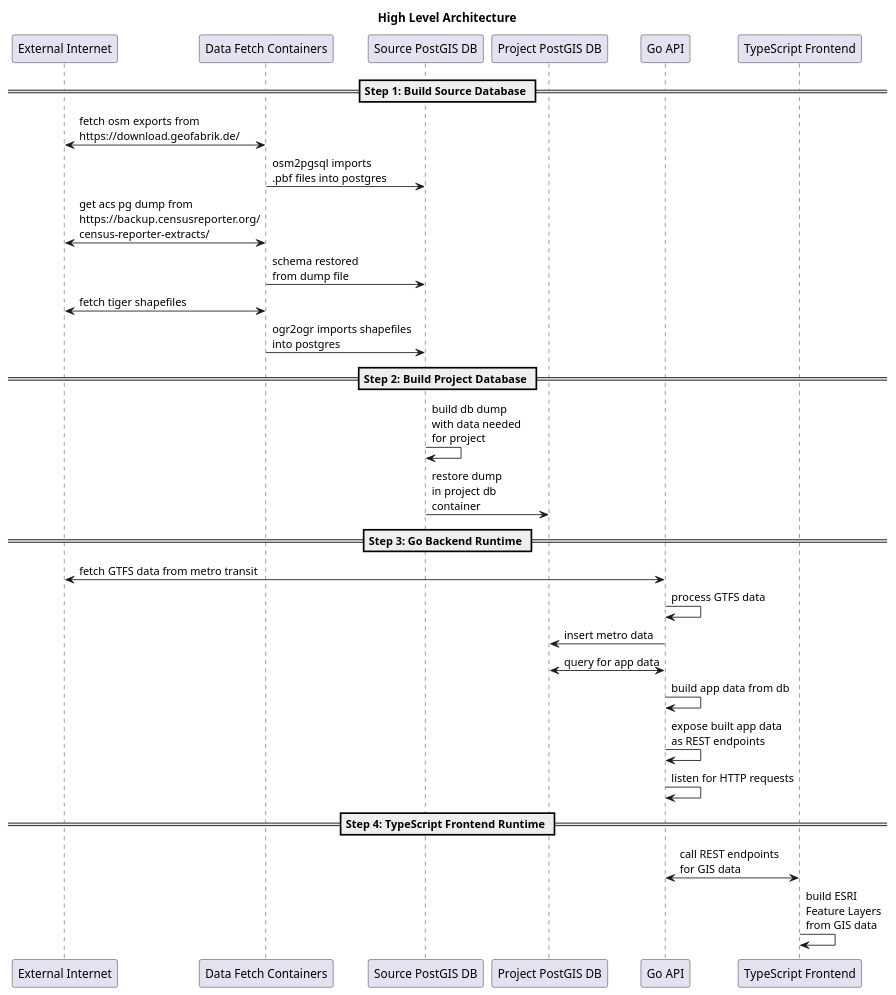
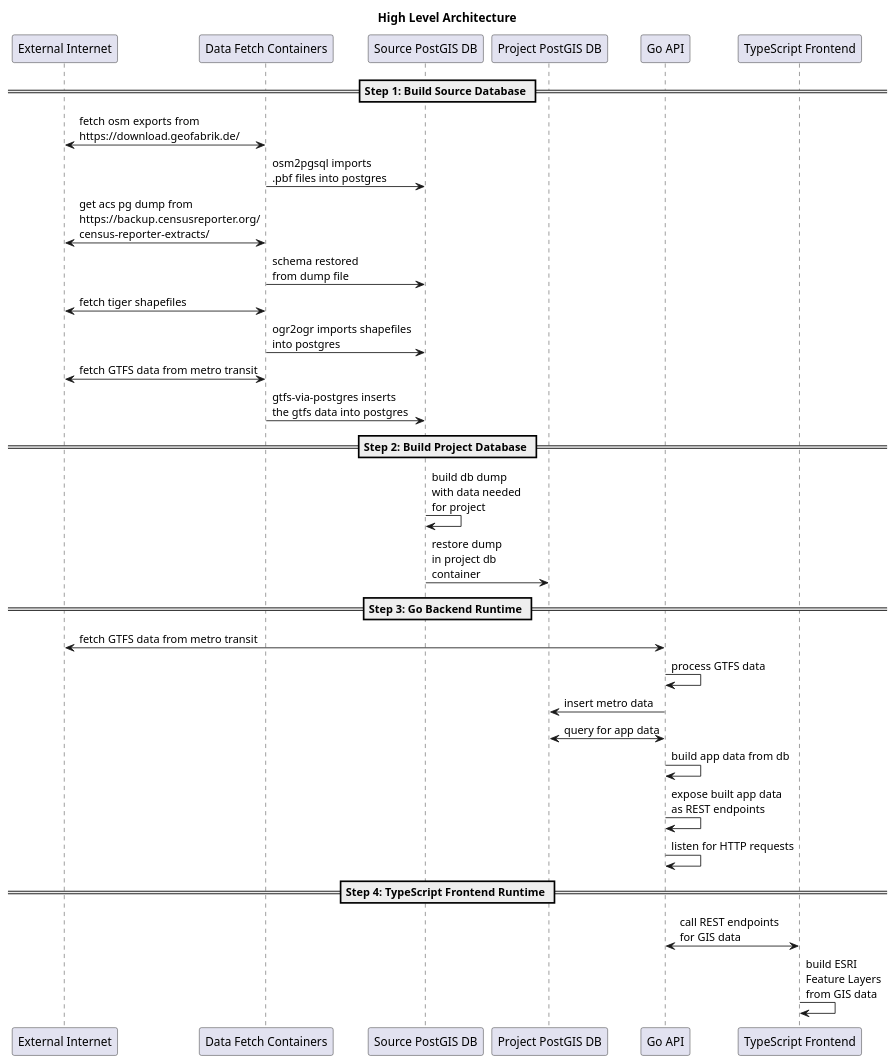
The diagram in z_docs/puml/src/arch.puml (jdetok/stl-transit), drawn with PlantUML before and after one commit. The commit also changed 2 other files, not shown here.

```diff
--- a/z_docs/puml/src/arch.puml
+++ b/z_docs/puml/src/arch.puml
@@ -1,39 +1,41 @@
 @startuml arch
 title High Level Architecture
 
 <style>
     diagram {
         Margin 3
         Padding 12
     }
 </style>
 
 participant "External Internet" as ext
 participant "Data Fetch Containers" as fetch
 participant "Source PostGIS DB" as bdb
 participant "Project PostGIS DB" as pdb
 participant "Go API" as go
 participant "TypeScript Frontend" as ts
 
 == Step 1: Build Source Database ==
 fetch <-> ext : fetch osm exports from\nhttps://download.geofabrik.de/
 fetch -> bdb : osm2pgsql imports\n.pbf files into postgres
 fetch <-> ext : get acs pg dump from\nhttps://backup.censusreporter.org/\ncensus-reporter-extracts/
 fetch -> bdb : schema restored\nfrom dump file
 fetch <-> ext : fetch tiger shapefiles
 fetch -> bdb : ogr2ogr imports shapefiles\ninto postgres
+fetch <-> ext : fetch GTFS data from metro transit
+fetch -> bdb : gtfs-via-postgres inserts\nthe gtfs data into postgres
 == Step 2: Build Project Database ==
 bdb -> bdb : build db dump\nwith data needed\nfor project
 bdb -> pdb : restore dump\nin project db\ncontainer
 == Step 3: Go Backend Runtime ==
 go <-> ext : fetch GTFS data from metro transit
 go -> go : process GTFS data
 go -> pdb : insert metro data
 go <-> pdb : query for app data
 go -> go : build app data from db
 go -> go : expose built app data\nas REST endpoints
 go -> go : listen for HTTP requests
 == Step 4: TypeScript Frontend Runtime ==
 ts <-> go : call REST endpoints\nfor GIS data
 ts -> ts : build ESRI\nFeature Layers\nfrom GIS data
 @enduml
```
